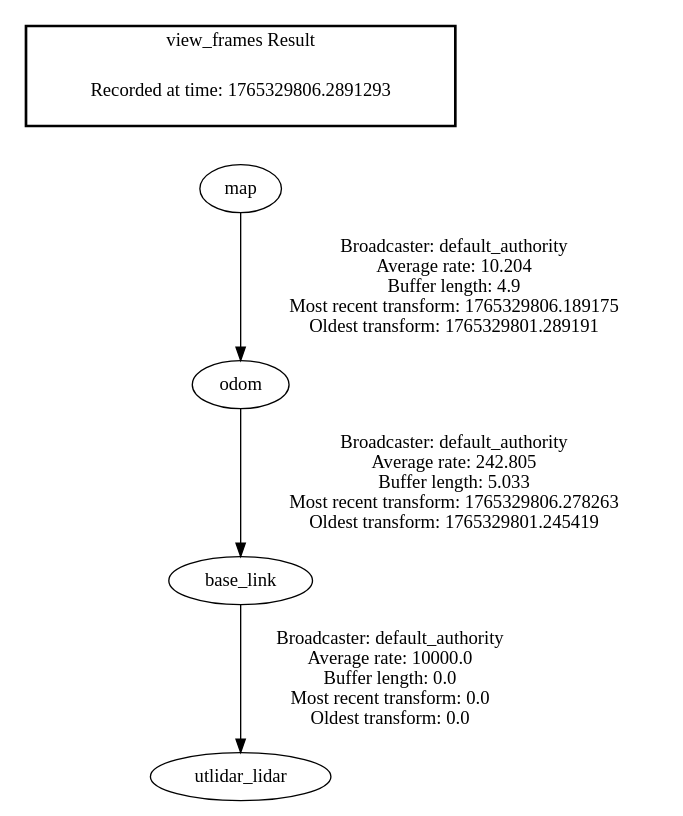
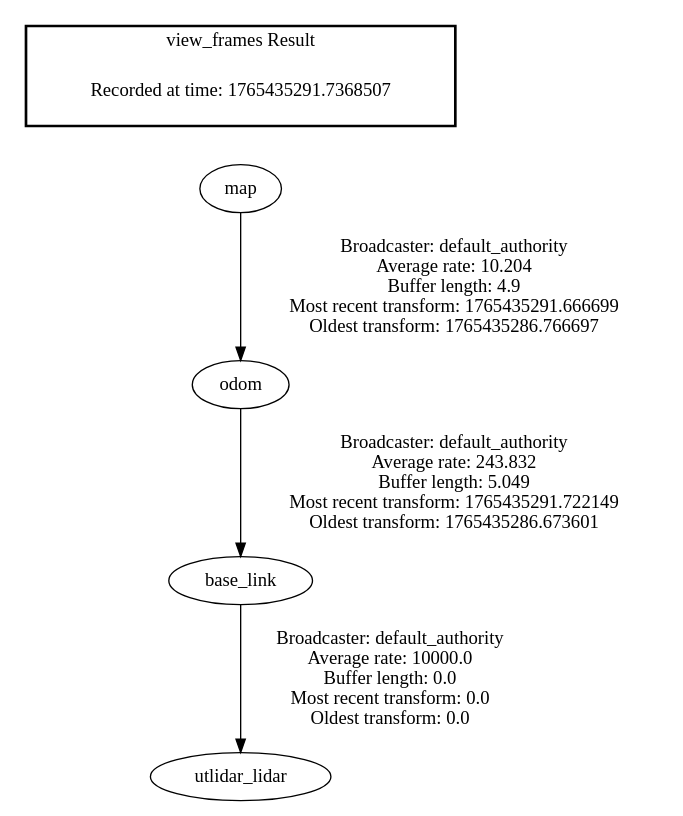
The diagram in frames.gv (at1047/go2_search_and_rescue), drawn with Graphviz before and after one commit. The commit also changed 7 other files, not shown here.

```diff
--- a/frames.gv
+++ b/frames.gv
@@ -1,9 +1,9 @@
 digraph G {
-"odom" -> "base_link"[label=" Broadcaster: default_authority\nAverage rate: 242.805\nBuffer length: 5.033\nMost recent transform: 1765329806.278263\nOldest transform: 1765329801.245419\n"];
-"map" -> "odom"[label=" Broadcaster: default_authority\nAverage rate: 10.204\nBuffer length: 4.9\nMost recent transform: 1765329806.189175\nOldest transform: 1765329801.289191\n"];
+"odom" -> "base_link"[label=" Broadcaster: default_authority\nAverage rate: 243.832\nBuffer length: 5.049\nMost recent transform: 1765435291.722149\nOldest transform: 1765435286.673601\n"];
+"map" -> "odom"[label=" Broadcaster: default_authority\nAverage rate: 10.204\nBuffer length: 4.9\nMost recent transform: 1765435291.666699\nOldest transform: 1765435286.766697\n"];
 "base_link" -> "utlidar_lidar"[label=" Broadcaster: default_authority\nAverage rate: 10000.0\nBuffer length: 0.0\nMost recent transform: 0.0\nOldest transform: 0.0\n"];
 edge [style=invis];
  subgraph cluster_legend { style=bold; color=black; label ="view_frames Result";
-"Recorded at time: 1765329806.2891293"[ shape=plaintext ] ;
+"Recorded at time: 1765435291.7368507"[ shape=plaintext ] ;
 }->"map";
 }
```
